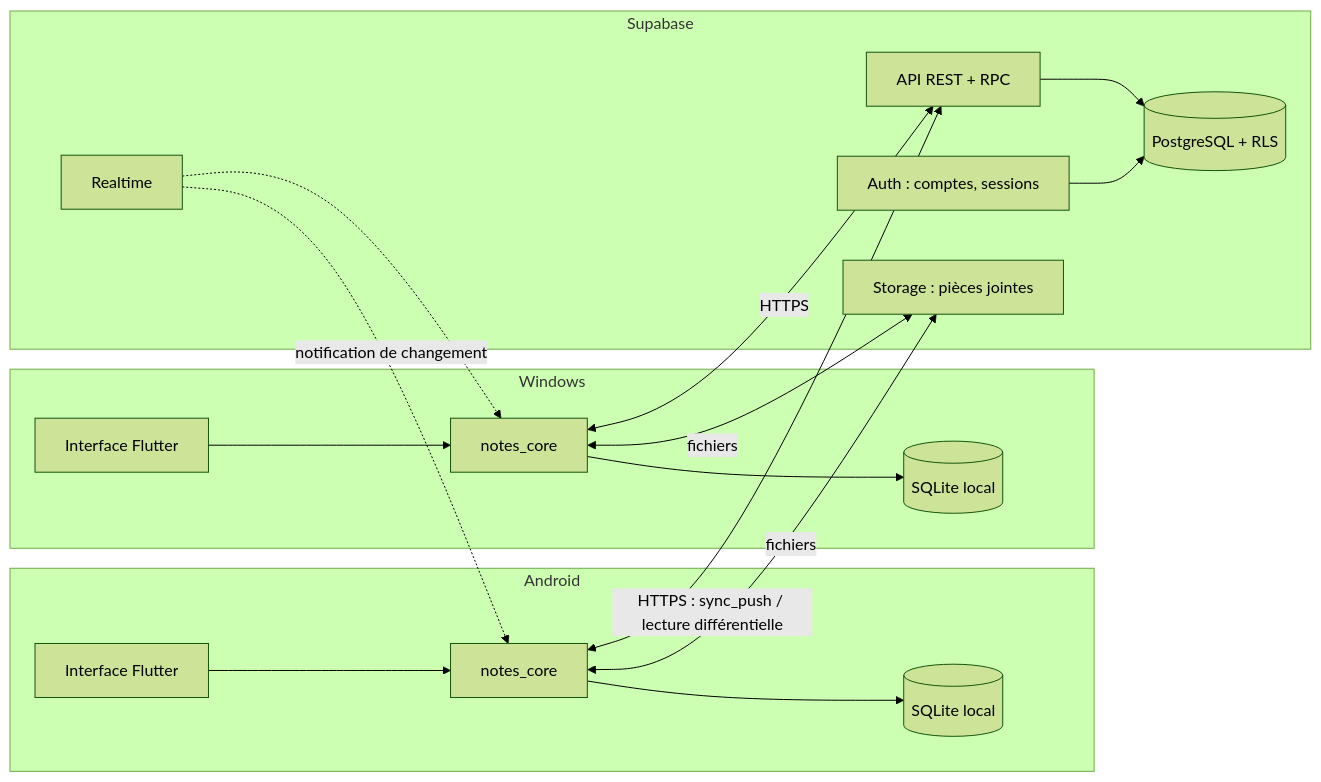
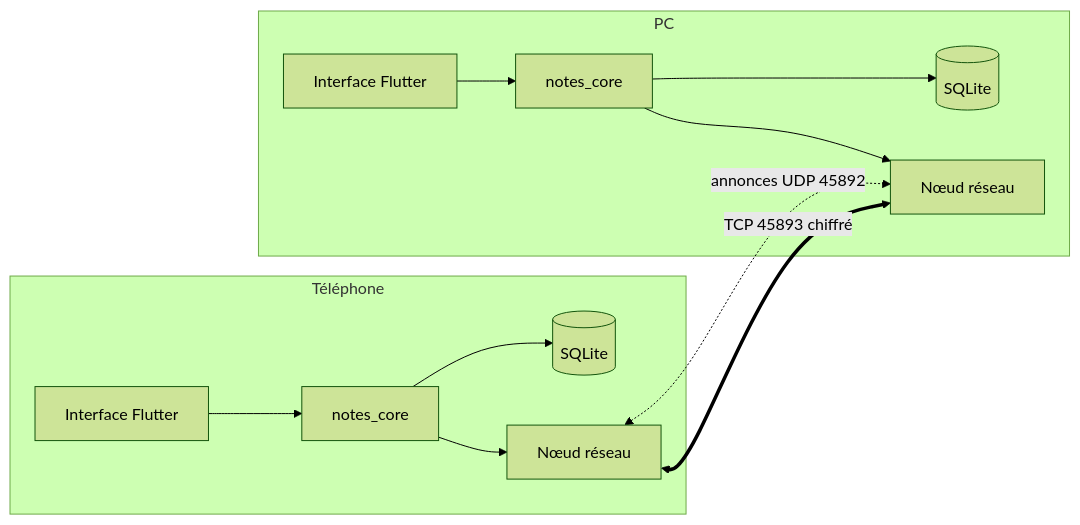
Before and after one commit to nabeiroriviereadriano-design/nothing-notes: the diagram in docs/ARCHITECTURE.md, drawn with Mermaid (forest theme). The commit also changed other lines of this file and 6 other files, not shown here.

````diff
--- a/docs/ARCHITECTURE.md
+++ b/docs/ARCHITECTURE.md
@@ -43,22 +22,15 @@
 ```mermaid
 flowchart LR
-  subgraph Android
-    UA[Interface Flutter] --> CA[notes_core]
-    CA --> LA[(SQLite local)]
+  subgraph Téléphone
+    UA[Interface Flutter] --> RA[notes_core]
+    RA --> LA[(SQLite)]
+    RA --> NA[Nœud réseau]
   end
-  subgraph Windows
-    UW[Interface Flutter] --> CW[notes_core]
-    CW --> LW[(SQLite local)]
+  subgraph PC
+    UW[Interface Flutter] --> RW[notes_core]
+    RW --> LW[(SQLite)]
+    RW --> NW[Nœud réseau]
   end
-  CA <-- HTTPS : sync_push / lecture différentielle --> API
-  CW <-- HTTPS --> API
-  subgraph Supabase
-    API[API REST + RPC] --> PG[(PostgreSQL + RLS)]
-    AUTH[Auth : comptes, sessions] --> PG
-    ST[Storage : pièces jointes] 
-    RT[Realtime] -. notification de changement .-> CA
-    RT -.-> CW
-  end
-  CA <-- fichiers --> ST
-  CW <-- fichiers --> ST
+  NA <-. annonces UDP 45892 .-> NW
+  NA <== TCP 45893 chiffré ==> NW
 ```
````
